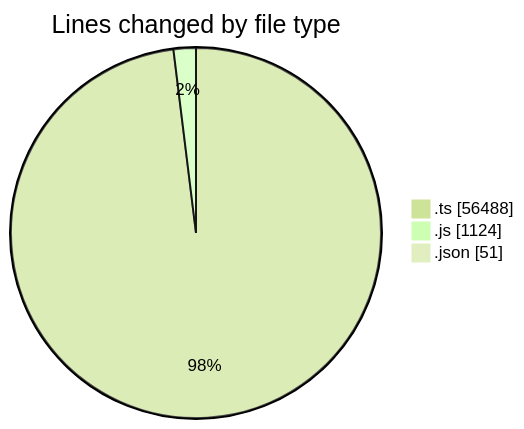
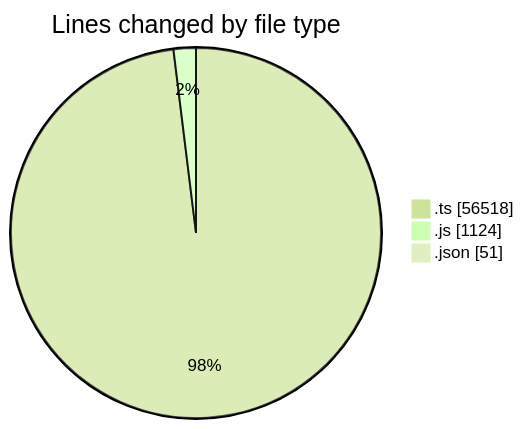
The first of 2 diagrams in 2026-10-23/cda/README.md (momahboobian/code-tracking), drawn with Mermaid (forest theme) before and after one commit. The commit also changed other lines of this file and 1 other file, not shown here.

````diff
--- a/2026-10-23/cda/README.md
+++ b/2026-10-23/cda/README.md
@@ -40,7 +40,7 @@
 ```mermaid
 pie showData
 title Lines changed by file type
-".ts" : 56488
+".ts" : 56518
 ".js" : 1124
 ".json" : 51
 ```
````
